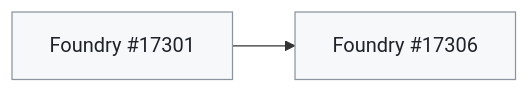
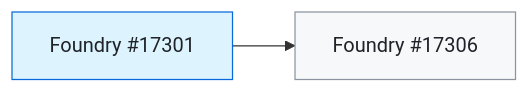
The first of 3 diagrams in docs/client-fixes.md (banteg/trace-interop), drawn with Mermaid before and after one commit. The commit also changed other lines of this file and 2391 other files, not shown here.

````diff
--- a/docs/client-fixes.md
+++ b/docs/client-fixes.md
@@ -9,7 +9,8 @@
 ```mermaid
 flowchart LR
   Foundry_17306["Foundry #17306"]:::open
-  Foundry_17301["Foundry #17301"]:::open
+  Foundry_17301["Foundry #17301"]:::merged
   Foundry_17301 --> Foundry_17306
   classDef open fill:#f6f8fa,stroke:#8c959f,color:#1f2328
+  classDef merged fill:#ddf4ff,stroke:#0969da,color:#1f2328
 ```
````
